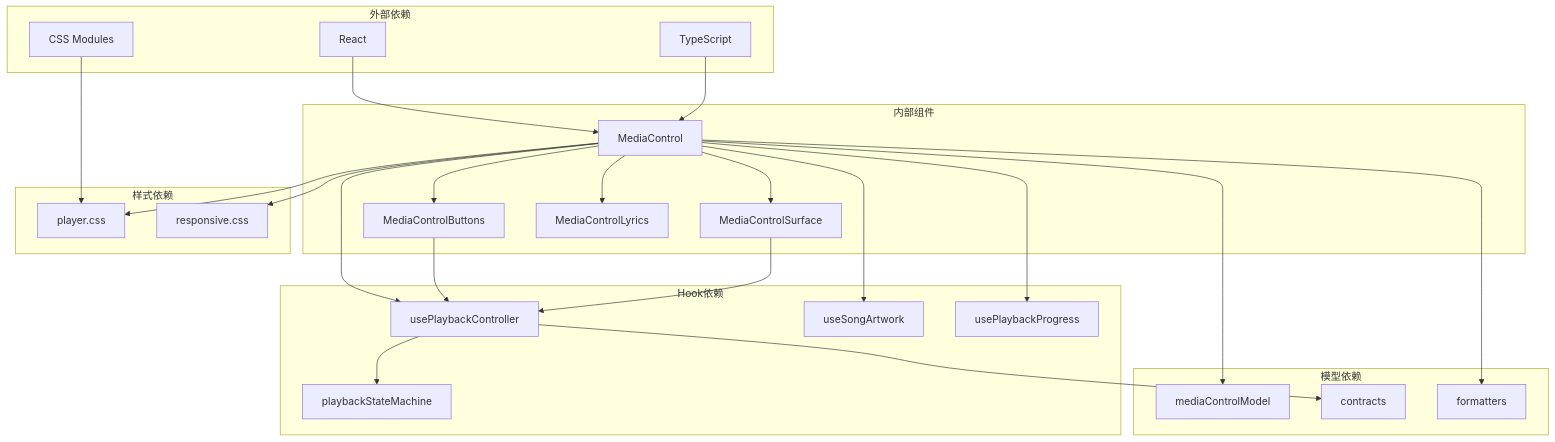
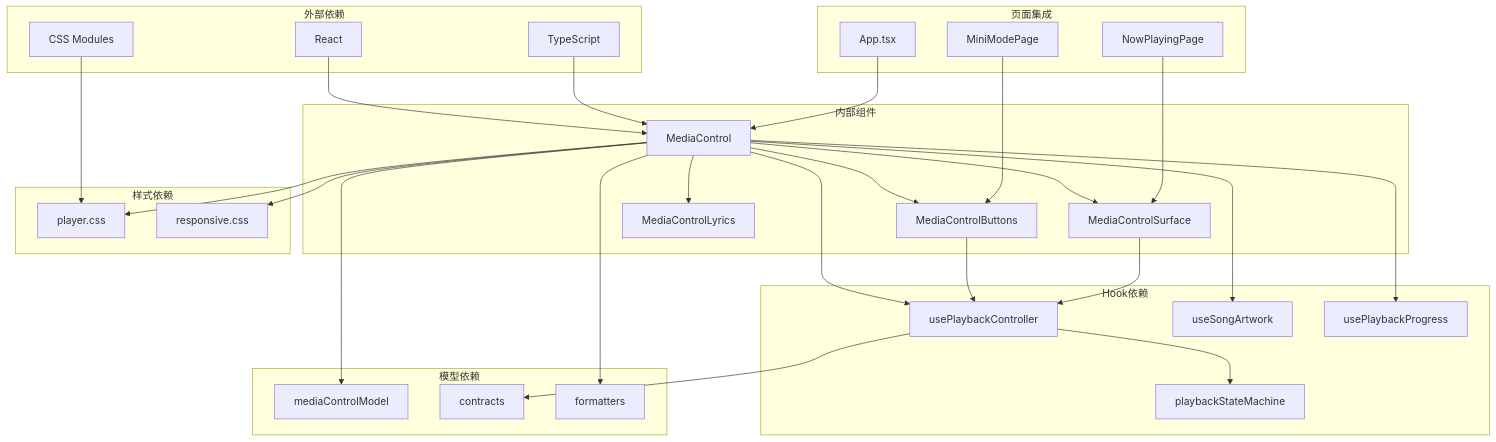
One commit to SeakyLuo/SMPlayerElectron changed the tenth of 11 diagrams in .qoder/repowiki/zh/content/用户界面/React组件体系/UI基础组件/MediaControl媒体控制组件.md. Above: the diagram before and after it, drawn with Mermaid. The commit also changed other lines of this file and 13 other files, not shown here.

````diff
--- a/.qoder/repowiki/zh/content/用户界面/React组件体系/UI基础组件/MediaControl媒体控制组件.md
+++ b/.qoder/repowiki/zh/content/用户界面/React组件体系/UI基础组件/MediaControl媒体控制组件.md
@@ -303,46 +427,54 @@
 ```mermaid
 graph TB
 subgraph "外部依赖"
 REACT[React]
 TYPESCRIPT[TypeScript]
 STYLED[CSS Modules]
 end
 subgraph "内部组件"
 MC[MediaControl]
 MCB[MediaControlButtons]
 MCS[MediaControlSurface]
 MCL[MediaControlLyrics]
 end
 subgraph "Hook依赖"
 UPC[usePlaybackController]
 PSM[playbackStateMachine]
 USC[useSongArtwork]
 UPS[usePlaybackProgress]
 end
 subgraph "模型依赖"
 MCM[mediaControlModel]
 CONTRACTS[contracts]
 FORMATTERS[formatters]
 end
 subgraph "样式依赖"
 PLAYERCSS[player.css]
 RESPONSIVE[responsive.css]
 end
+subgraph "页面集成"
+AP[App.tsx]
+MMP[MiniModePage]
+NPP[NowPlayingPage]
+end
 REACT --> MC
 TYPESCRIPT --> MC
 STYLED --> PLAYERCSS
 MC --> MCB
 MC --> MCS
 MC --> MCL
 MC --> UPC
 MC --> MCM
 MCB --> UPC
 MCS --> UPC
 MC --> USC
 MC --> UPS
 UPC --> PSM
 UPC --> CONTRACTS
 MC --> FORMATTERS
 MC --> PLAYERCSS
 MC --> RESPONSIVE
+AP --> MC
+MMP --> MCB
+NPP --> MCS
 ```
````
